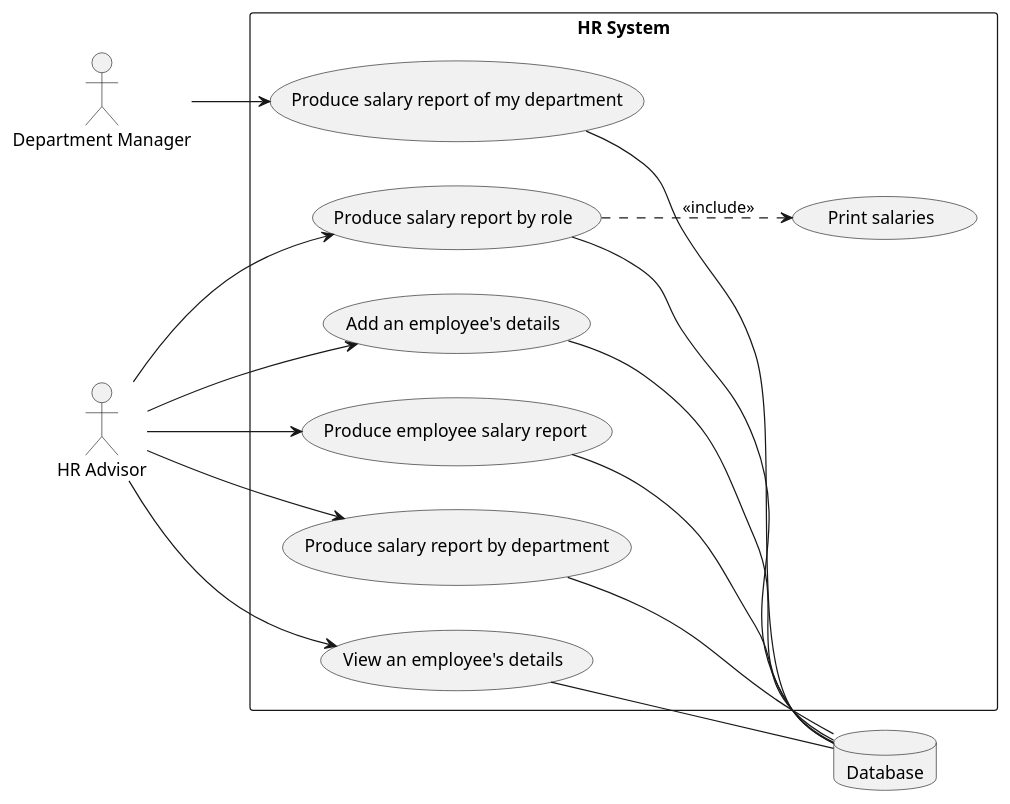
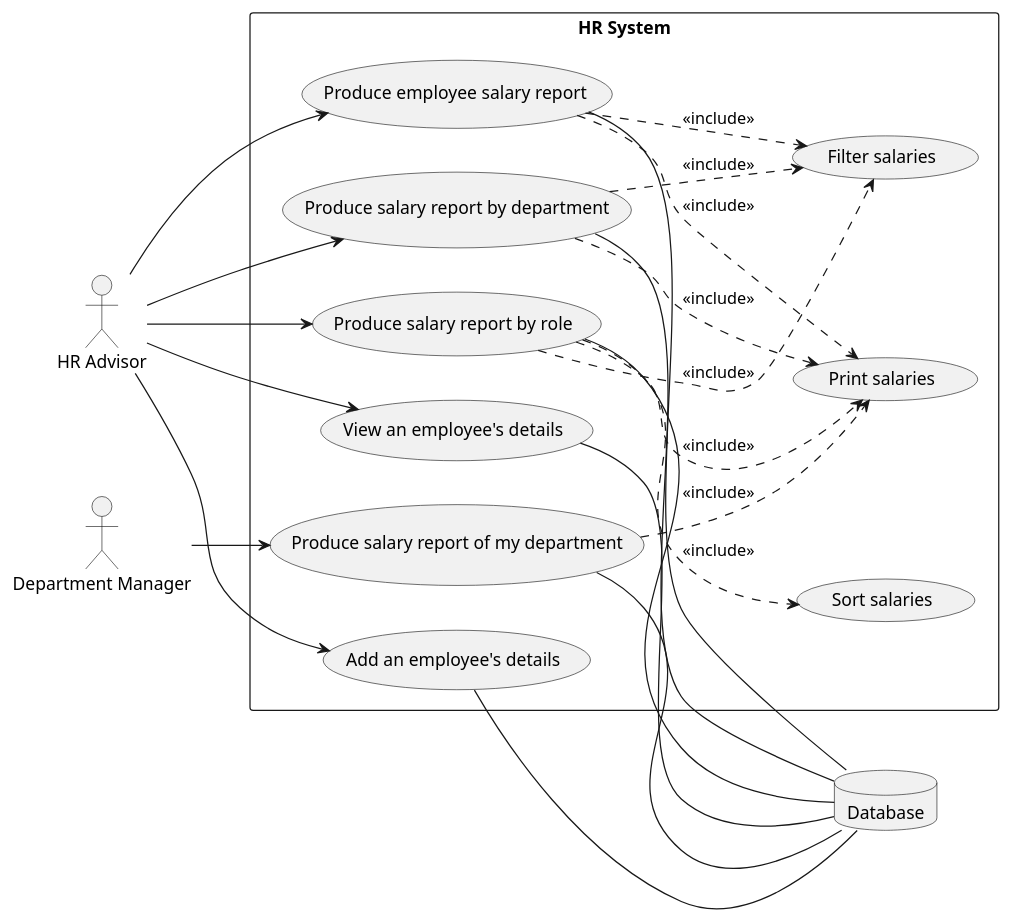
Before and after one commit to olszczepanski612/sem: the diagram in use-cases/HR System.puml, drawn with PlantUML.

Commit message:
better use case diagram

```diff
--- a/use-cases/HR System.puml
+++ b/use-cases/HR System.puml
@@ -1,37 +1,46 @@
 @startuml
 
 left to right direction
 
 actor HR as "HR Advisor"
 actor DM as "Department Manager"
 
 rectangle "HR System" {
     usecase UC1 as "Produce employee salary report"
     usecase UC2 as "Produce salary report by department"
     usecase UC3 as "Produce salary report of my department"
     usecase UC4 as "Produce salary report by role"
     usecase UCa as "Print salaries"
+    usecase UCb as "Filter salaries"
+    usecase UCc as "Sort salaries"
     usecase UC5 as "View an employee's details"
     usecase UC6 as "Add an employee's details"
 }
 
 database DB as "Database"
 
 HR --> UC1
 HR --> UC2
 HR --> UC4
 HR --> UC5
 HR --> UC6
 
 DM --> UC3
 
+UC1 ..> UCa : <<include>>
+UC1 ..> UCb : <<include>>
+UC2 ..> UCa : <<include>>
+UC2 ..> UCb : <<include>>
+UC3 ..> UCa : <<include>>
 UC4 ..> UCa : <<include>>
+UC4 ..> UCb : <<include>>
+UC4 ..> UCc : <<include>>
 
 UC1 -- DB
 UC2 -- DB
 UC3 -- DB
 UC4 -- DB
 UC5 -- DB
 UC6 -- DB
 
 @enduml
```
